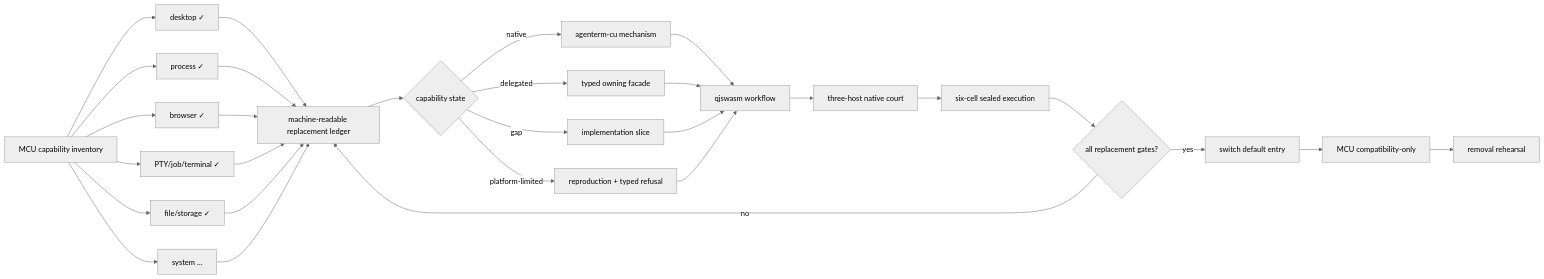
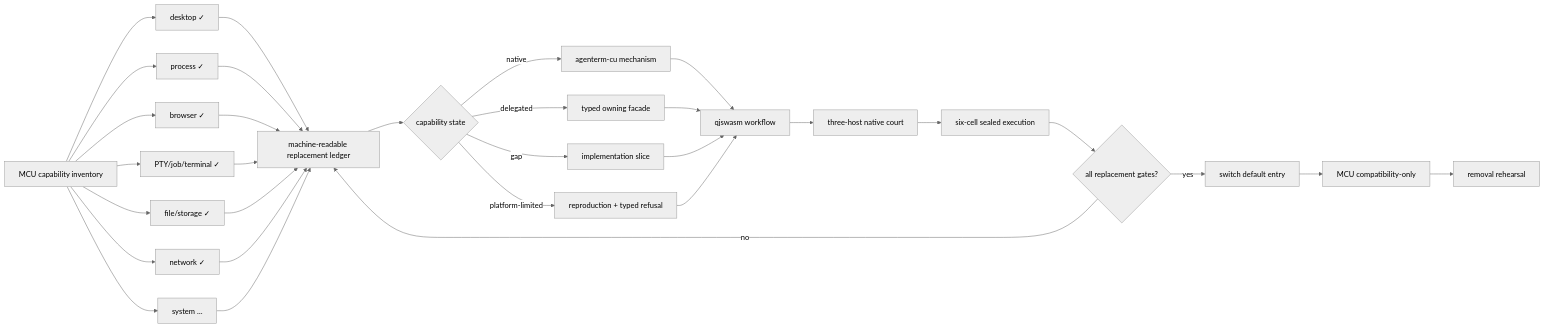
One commit to partnernetsoftware/agenterm changed the diagram in plan/goal-acu-replaces-mcu.md. Above: the diagram before and after it, drawn with Mermaid (neutral theme). The commit also changed other lines of this file and 2 other files, not shown here.

Commit message:
plan(cu): classify network surface

````diff
--- a/plan/goal-acu-replaces-mcu.md
+++ b/plan/goal-acu-replaces-mcu.md
@@ -61,22 +61,22 @@
 ```mermaid
 flowchart LR
   M["MCU capability inventory"]
-  M --> DESK["desktop ✓"] & PROC["process ✓"] & BROW["browser ✓"] & PTY["PTY/job/terminal ✓"] & FILE["file/storage ✓"] & REST["system …"]
-  DESK & PROC & BROW & PTY & FILE & REST --> L["machine-readable replacement ledger"]
+  M --> DESK["desktop ✓"] & PROC["process ✓"] & BROW["browser ✓"] & PTY["PTY/job/terminal ✓"] & FILE["file/storage ✓"] & NET["network ✓"] & REST["system …"]
+  DESK & PROC & BROW & PTY & FILE & NET & REST --> L["machine-readable replacement ledger"]
   L --> C{"capability state"}
   C -->|native| CU["agenterm-cu mechanism"]
   C -->|delegated| F["typed owning facade"]
   C -->|gap| I["implementation slice"]
   C -->|platform-limited| P["reproduction + typed refusal"]
   CU --> Q["qjswasm workflow"]
   F --> Q
   I --> Q
   P --> Q
   Q --> H["three-host native court"]
   H --> S["six-cell sealed execution"]
   S --> D{"all replacement gates?"}
   D -->|no| L
   D -->|yes| R["switch default entry"]
   R --> X["MCU compatibility-only"]
   X --> Z["removal rehearsal"]
 ```
````
